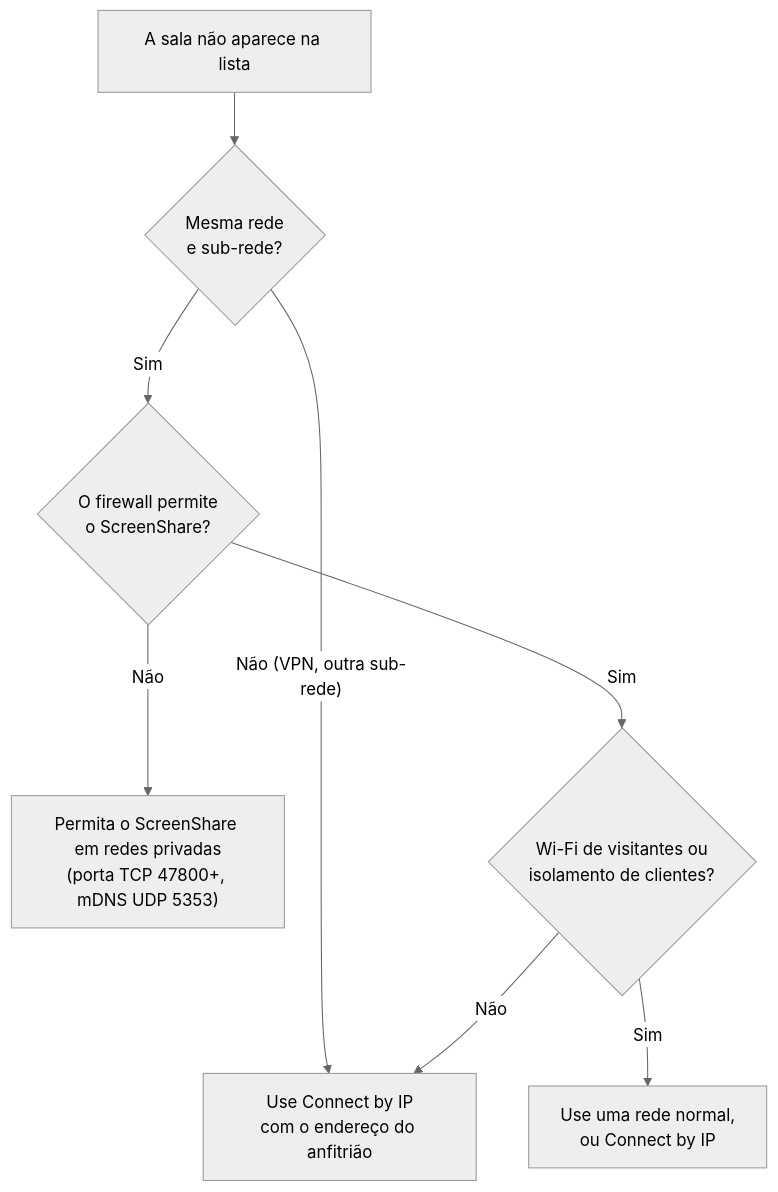
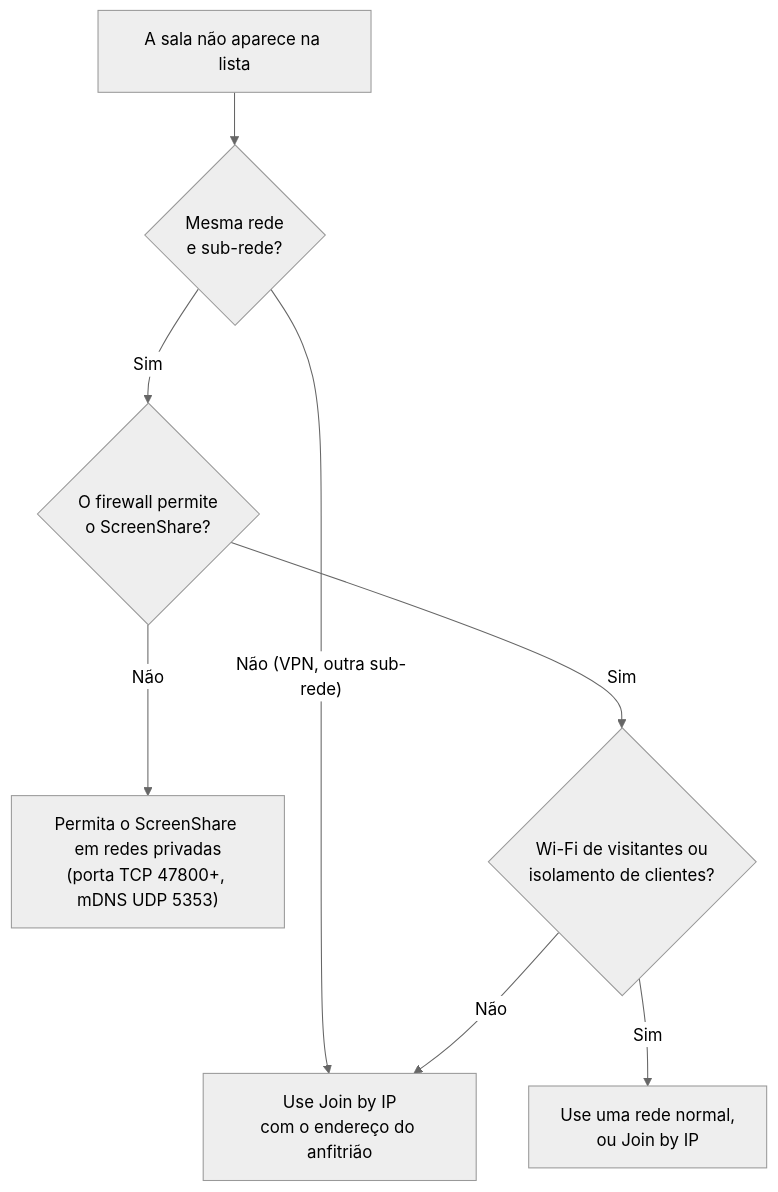
The diagram in docs/pt-BR/troubleshooting.md (nsfxu/lan-screenshare), drawn with Mermaid (neutral theme) before and after one commit. The commit also changed other lines of this file and 17 other files, not shown here.

````diff
--- a/docs/pt-BR/troubleshooting.md
+++ b/docs/pt-BR/troubleshooting.md
@@ -21,10 +21,10 @@
 ```mermaid
 flowchart TD
   A["A sala não aparece na lista"] --> B{"Mesma rede<br/>e sub-rede?"}
-  B -->|"Não (VPN, outra sub-rede)"| C["Use Connect by IP<br/>com o endereço do anfitrião"]
+  B -->|"Não (VPN, outra sub-rede)"| C["Use Join by IP<br/>com o endereço do anfitrião"]
   B -->|Sim| D{"O firewall permite<br/>o ScreenShare?"}
   D -->|Não| E["Permita o ScreenShare em redes privadas<br/>(porta TCP 47800+, mDNS UDP 5353)"]
   D -->|Sim| F{"Wi-Fi de visitantes ou<br/>isolamento de clientes?"}
-  F -->|Sim| G["Use uma rede normal,<br/>ou Connect by IP"]
+  F -->|Sim| G["Use uma rede normal,<br/>ou Join by IP"]
   F -->|Não| C
 ```
````
